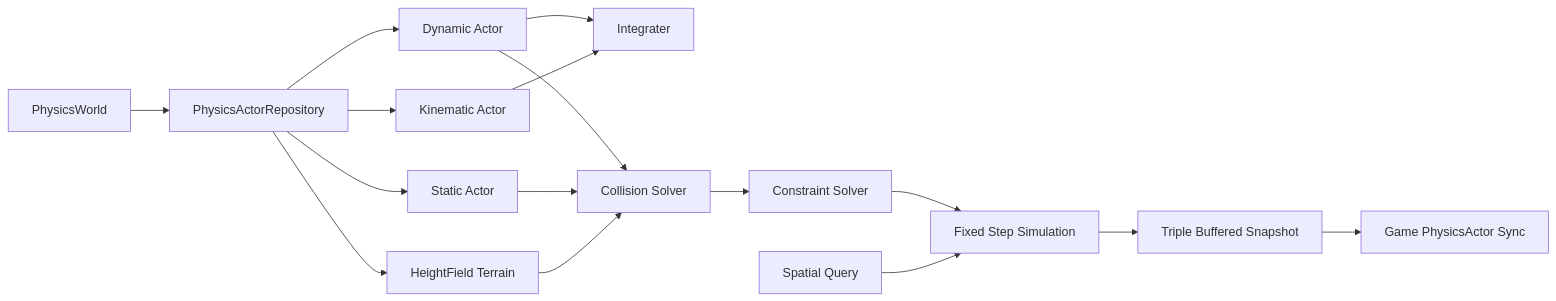
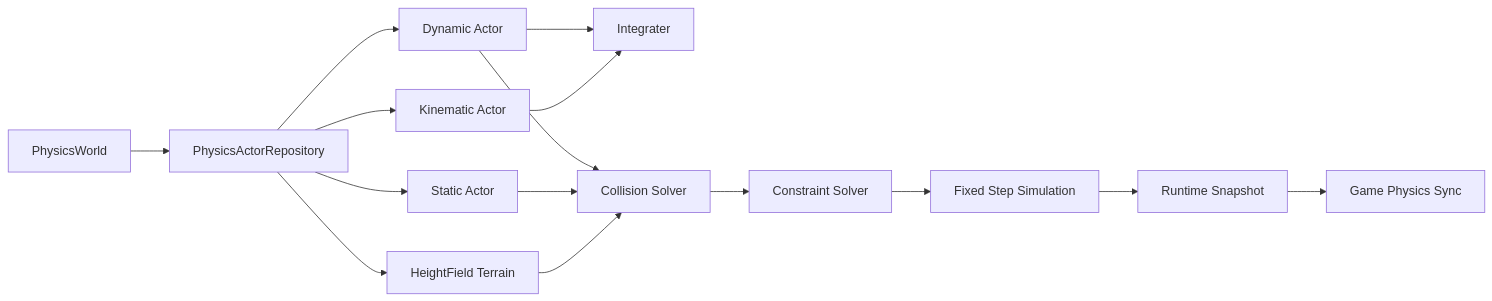
Before and after one commit to wewe231223/2026_Graphics: the seventh of 8 diagrams in Readme.md, drawn with Mermaid. The commit also changed other lines of this file, not shown here.

````diff
--- a/Readme.md
+++ b/Readme.md
@@ -388,18 +405,17 @@
 ```mermaid
 flowchart LR
     PhysicsWorld["PhysicsWorld"] --> Repository["PhysicsActorRepository"]
     Repository --> DynamicActor["Dynamic Actor"]
     Repository --> KinematicActor["Kinematic Actor"]
     Repository --> StaticActor["Static Actor"]
     Repository --> TerrainActor["HeightField Terrain"]
     DynamicActor --> Integrater["Integrater"]
     KinematicActor --> Integrater
     DynamicActor --> CollisionSolver["Collision Solver"]
     StaticActor --> CollisionSolver
     TerrainActor --> CollisionSolver
     CollisionSolver --> ConstraintSolver["Constraint Solver"]
     ConstraintSolver --> Simulation["Fixed Step Simulation"]
-    SpatialQuery["Spatial Query"] --> Simulation
-    Simulation --> Snapshot["Triple Buffered Snapshot"]
-    Snapshot --> Game["Game PhysicsActor Sync"]
+    Simulation --> Snapshot["Runtime Snapshot"]
+    Snapshot --> Game["Game Physics Sync"]
 ```
````
